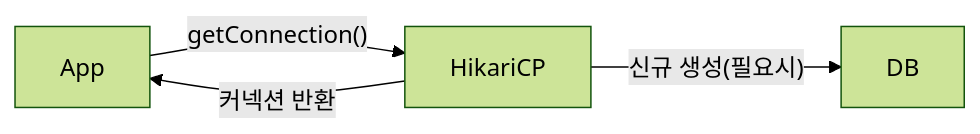
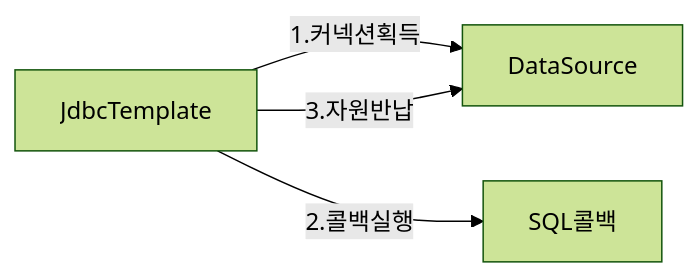
Before and after one commit to yjkim2015/yjkim2015.github.io: the third of 8 diagrams in _posts/spring/2026-05-02-spring-db-1.md, drawn with Mermaid (forest theme). The commit also changed other lines of this file and 4 other files, not shown here.

````diff
--- a/_posts/spring/2026-05-02-spring-db-1.md
+++ b/_posts/spring/2026-05-02-spring-db-1.md
@@ -134,6 +226,6 @@
 ```mermaid
 graph LR
-    App["App"] -->|"getConnection()"| Pool["HikariCP"]
-    Pool -->|"신규 생성(필요시)"| DB["DB"]
-    Pool -->|"커넥션 반환"| App
+    JT["JdbcTemplate"] -->|"1.커넥션획득"| DS["DataSource"]
+    JT -->|"2.콜백실행"| CB["SQL콜백"]
+    JT -->|"3.자원반납"| DS
 ```
````
